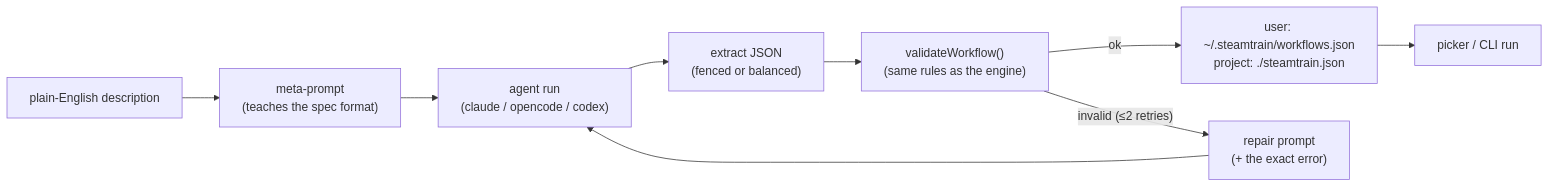
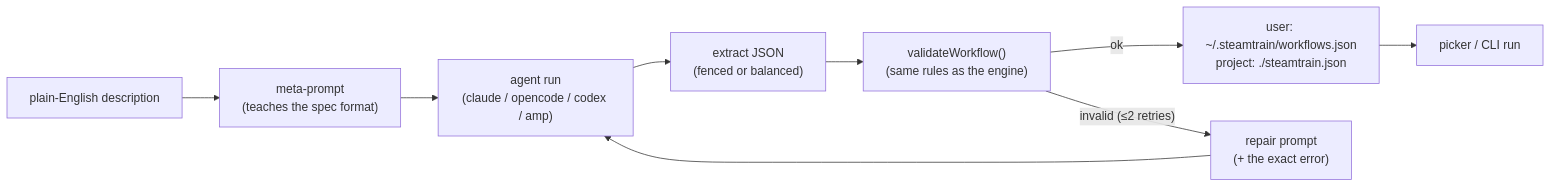
Before and after one commit to nilsonsfj/steamtrain: the diagram in docs/workflow-creation.md, drawn with Mermaid. The commit also changed other lines of this file and 18 other files, not shown here.

First line of the commit message:
Add support for the amp coding agent

````diff
--- a/docs/workflow-creation.md
+++ b/docs/workflow-creation.md
@@ -11,15 +11,15 @@
 ```mermaid
 flowchart LR
   desc["plain-English description"]
   prompt["meta-prompt\n(teaches the spec format)"]
-  agent["agent run\n(claude / opencode / codex)"]
+  agent["agent run\n(claude / opencode / codex / amp)"]
   extract["extract JSON\n(fenced or balanced)"]
   validate["validateWorkflow()\n(same rules as the engine)"]
   repair["repair prompt\n(+ the exact error)"]
   save["user: ~/.steamtrain/workflows.json\nproject: ./steamtrain.json"]
   run["picker / CLI run"]
 
   desc --> prompt --> agent --> extract --> validate
   validate -->|ok| save --> run
   validate -->|"invalid (≤2 retries)"| repair --> agent
 ```
````
